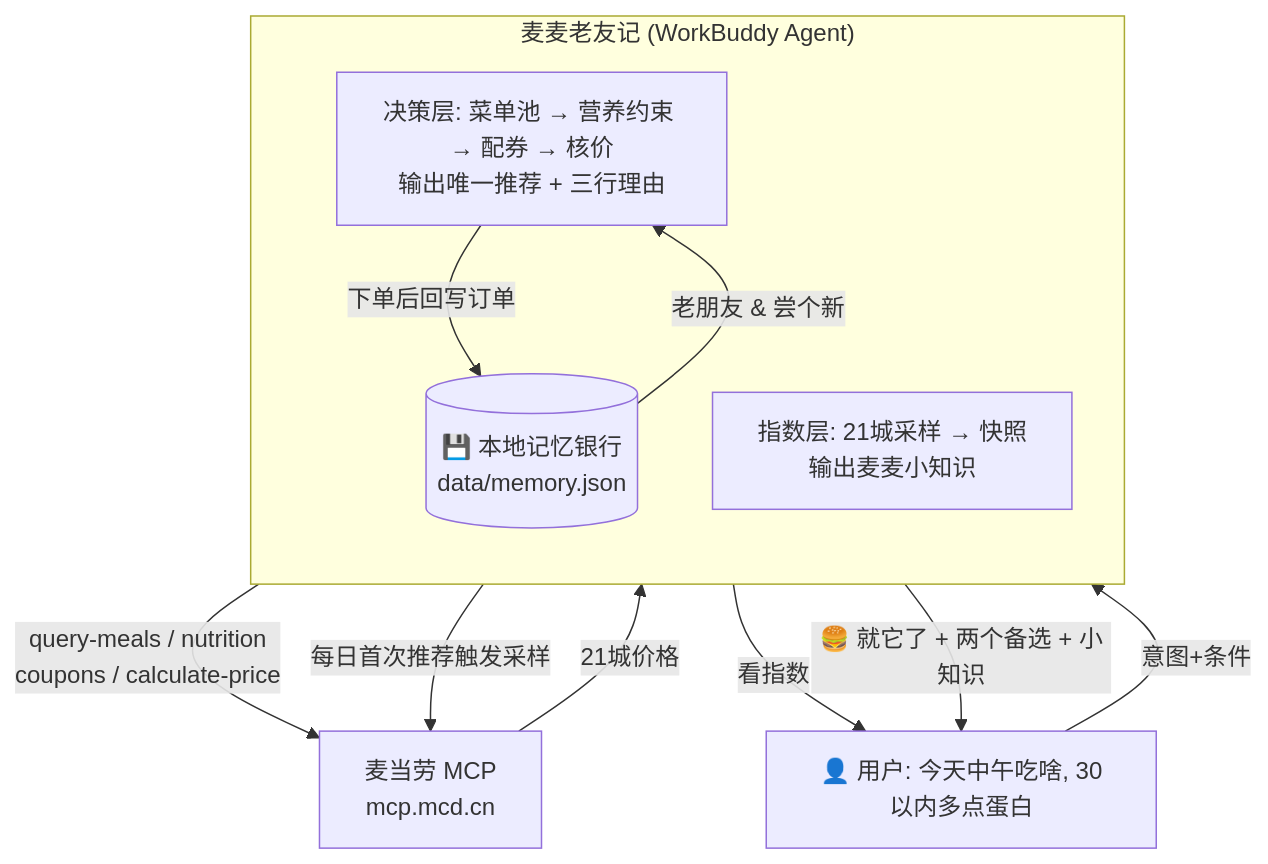
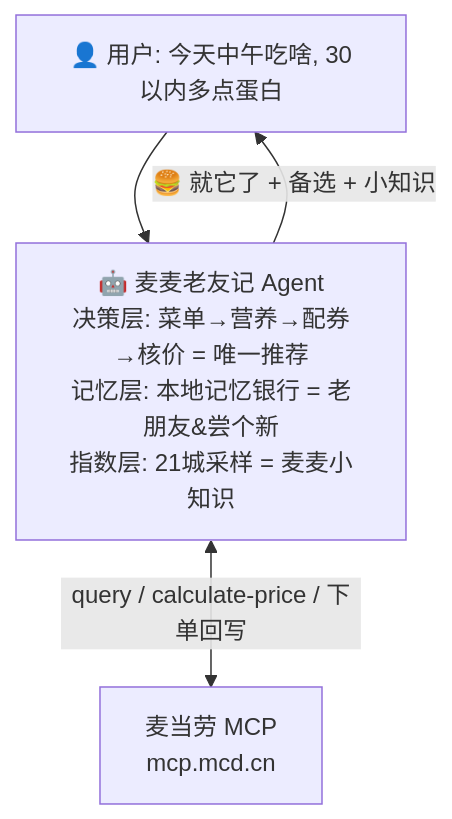
Before and after one commit to zhuxian518/mcd-1024-skill: the diagram in README.md, drawn with Mermaid.

Commit message:
docs: 架构图极简化

````diff
--- a/README.md
+++ b/README.md
@@ -36,20 +36,6 @@
 ```mermaid
 flowchart TD
-    U["👤 用户: 今天中午吃啥, 30以内多点蛋白"]
-    subgraph WB["麦麦老友记 (WorkBuddy Agent)"]
-        direction TB
-        D["决策层: 菜单池 → 营养约束 → 配券 → 核价<br/>输出唯一推荐 + 三行理由"]
-        M2[("💾 本地记忆银行<br/>data/memory.json")]
-        X["指数层: 21城采样 → 快照<br/>输出麦麦小知识"]
-    end
-    M["麦当劳 MCP<br/>mcp.mcd.cn"]
-
-    U -->|"意图+条件"| D
-    D -->|"query-meals / nutrition<br/>coupons / calculate-price"| M
-    D -->|"下单后回写订单"| M2
-    M2 -->|"老朋友 & 尝个新"| D
-    D -->|"每日首次推荐触发采样"| M
-    M -->|"21城价格"| X
-    X -->|"看指数"| U
-    D -->|"🍔 就它了 + 两个备选 + 小知识"| U
+    U["👤 用户: 今天中午吃啥, 30以内多点蛋白"] --> A["🤖 麦麦老友记 Agent<br/>决策层: 菜单→营养→配券→核价 = 唯一推荐<br/>记忆层: 本地记忆银行 = 老朋友&尝个新<br/>指数层: 21城采样 = 麦麦小知识"]
+    A <-->|"query / calculate-price / 下单回写"| M["麦当劳 MCP<br/>mcp.mcd.cn"]
+    A -->|"🍔 就它了 + 备选 + 小知识"| U
 ```
````
